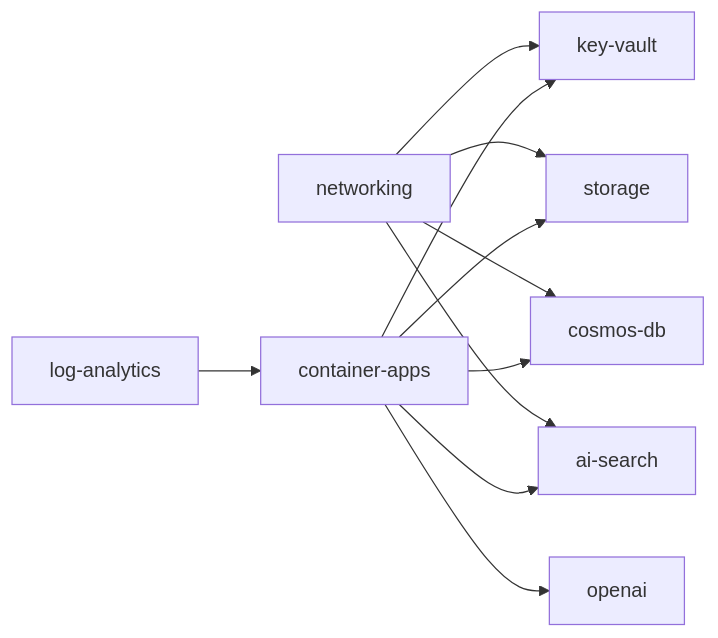
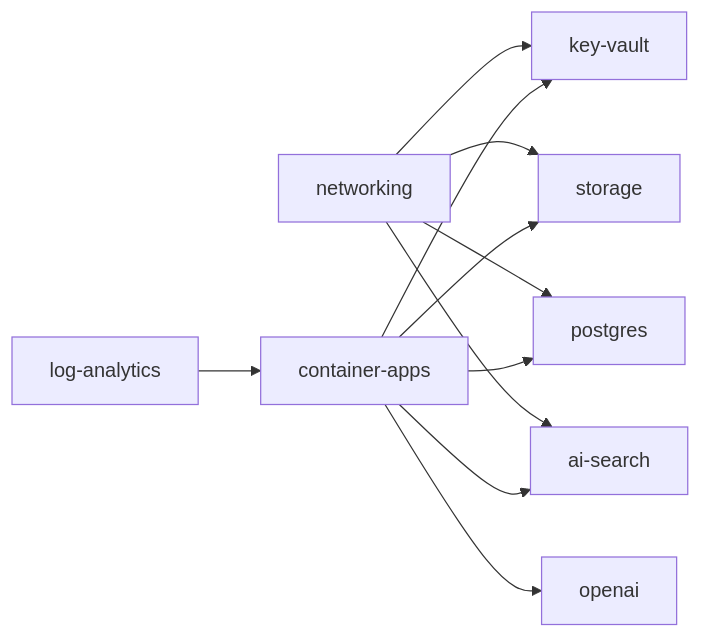
Before and after one commit to barney-w/surf: the second of 2 diagrams in README.md, drawn with Mermaid. The commit also changed other lines of this file, not shown here.

Commit message:
docs: update README with current architecture and features

````diff
--- a/README.md
+++ b/README.md
@@ -178,22 +228,22 @@
 ```mermaid
 graph LR
   vnet["networking"]
   openai["openai"]
   search["ai-search"]
-  cosmos["cosmos-db"]
+  postgres["postgres"]
   storage["storage"]
   kv["key-vault"]
   logs["log-analytics"]
   ca["container-apps"]
 
   vnet --> search
-  vnet --> cosmos
+  vnet --> postgres
   vnet --> storage
   vnet --> kv
   logs --> ca
   ca --> openai
   ca --> search
-  ca --> cosmos
+  ca --> postgres
   ca --> kv
   ca --> storage
 ```
````
